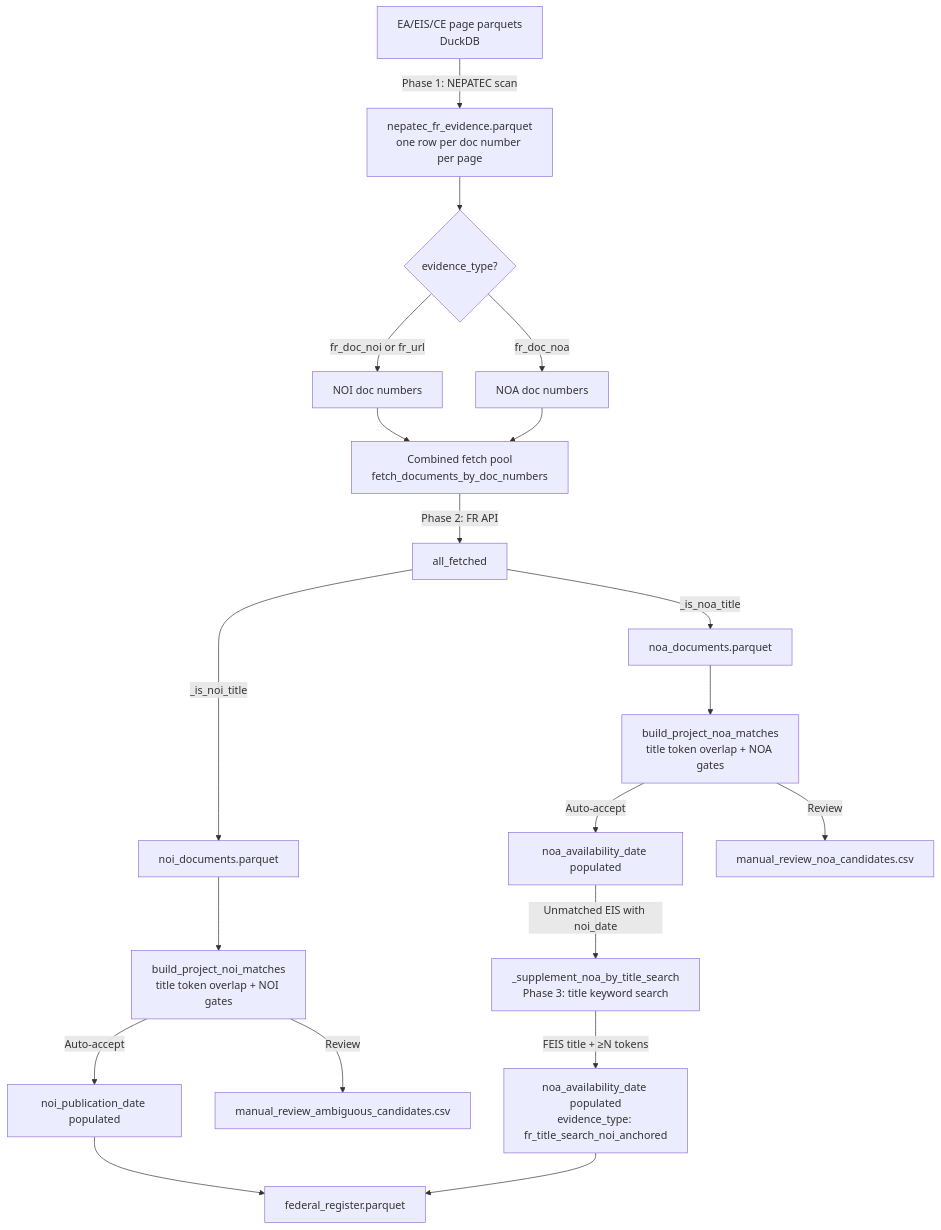
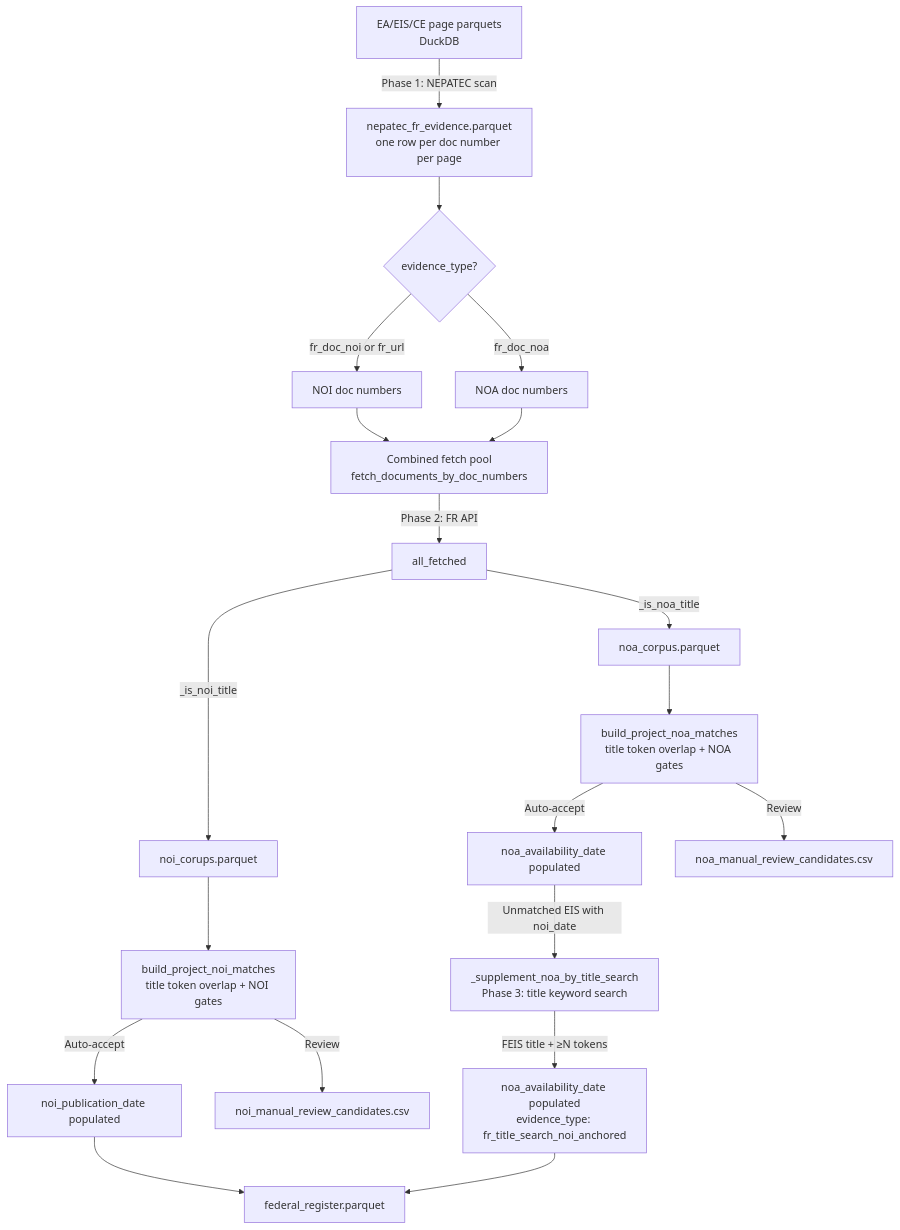
Before and after one commit to kaseyzapatka/nepa: the diagram in phase2/architecture/code/federal_register.md, drawn with Mermaid. The commit also changed other lines of this file and 4 other files, not shown here.

Commit message:
streamline federal register output, remove secondary manual review

````diff
--- a/phase2/architecture/code/federal_register.md
+++ b/phase2/architecture/code/federal_register.md
@@ -31,20 +31,20 @@
 ```mermaid
 flowchart TD
     A[EA/EIS/CE page parquets\nDuckDB] -->|Phase 1: NEPATEC scan| B[nepatec_fr_evidence.parquet\none row per doc number per page]
     B --> C{evidence_type?}
     C -->|fr_doc_noi or fr_url| D[NOI doc numbers]
     C -->|fr_doc_noa| E[NOA doc numbers]
     D & E --> F[Combined fetch pool\nfetch_documents_by_doc_numbers]
     F -->|Phase 2: FR API| G[all_fetched]
-    G -->|_is_noi_title| H[noi_documents.parquet]
-    G -->|_is_noa_title| I[noa_documents.parquet]
+    G -->|_is_noi_title| H[noi_corups.parquet]
+    G -->|_is_noa_title| I[noa_corpus.parquet]
     H --> J[build_project_noi_matches\ntitle token overlap + NOI gates]
     I --> K[build_project_noa_matches\ntitle token overlap + NOA gates]
     J -->|Auto-accept| L[noi_publication_date populated]
-    J -->|Review| M[manual_review_ambiguous_candidates.csv]
+    J -->|Review| M[noi_manual_review_candidates.csv]
     K -->|Auto-accept| N[noa_availability_date populated]
-    K -->|Review| O[manual_review_noa_candidates.csv]
+    K -->|Review| O[noa_manual_review_candidates.csv]
     N -->|Unmatched EIS with noi_date| Q[_supplement_noa_by_title_search\nPhase 3: title keyword search]
     Q -->|FEIS title + ≥N tokens| R[noa_availability_date populated\nevidence_type: fr_title_search_noi_anchored]
     L & R --> P[federal_register.parquet]
 ```
````
